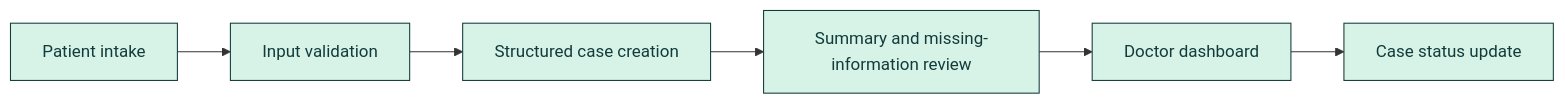
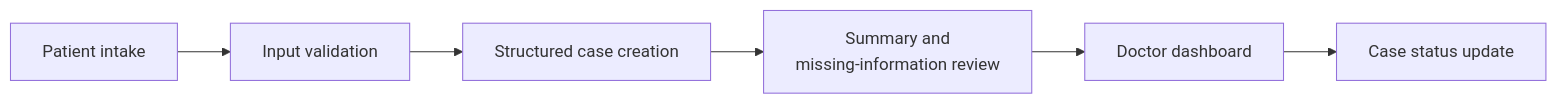
One commit to Nishith45o7/CLARIO--health-intelligence- changed the first of 2 diagrams in README.md. Above: the diagram before and after it, drawn with Mermaid. The commit also changed other lines of this file, not shown here.

````diff
--- a/README.md
+++ b/README.md
@@ -71,10 +57,8 @@
 ```mermaid
 flowchart LR
     A[Patient intake] --> B[Input validation]
     B --> C[Structured case creation]
-    C --> D[Summary and missing-information review]
+    C --> D[Summary and<br/>missing-information review]
     D --> E[Doctor dashboard]
     E --> F[Case status update]
-    classDef n fill:#D7F3E8,stroke:#123B3A,color:#123B3A;
-    class A,B,C,D,E,F n;
 ```
````
